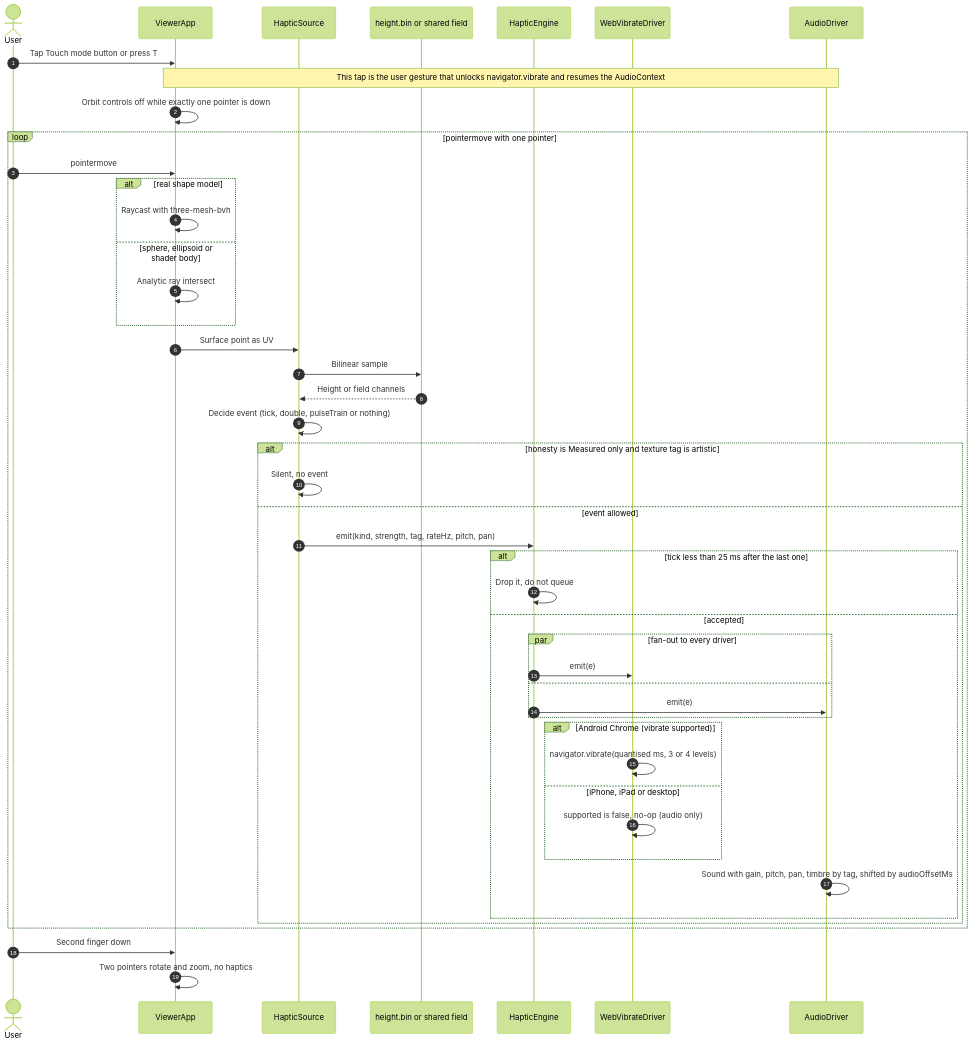
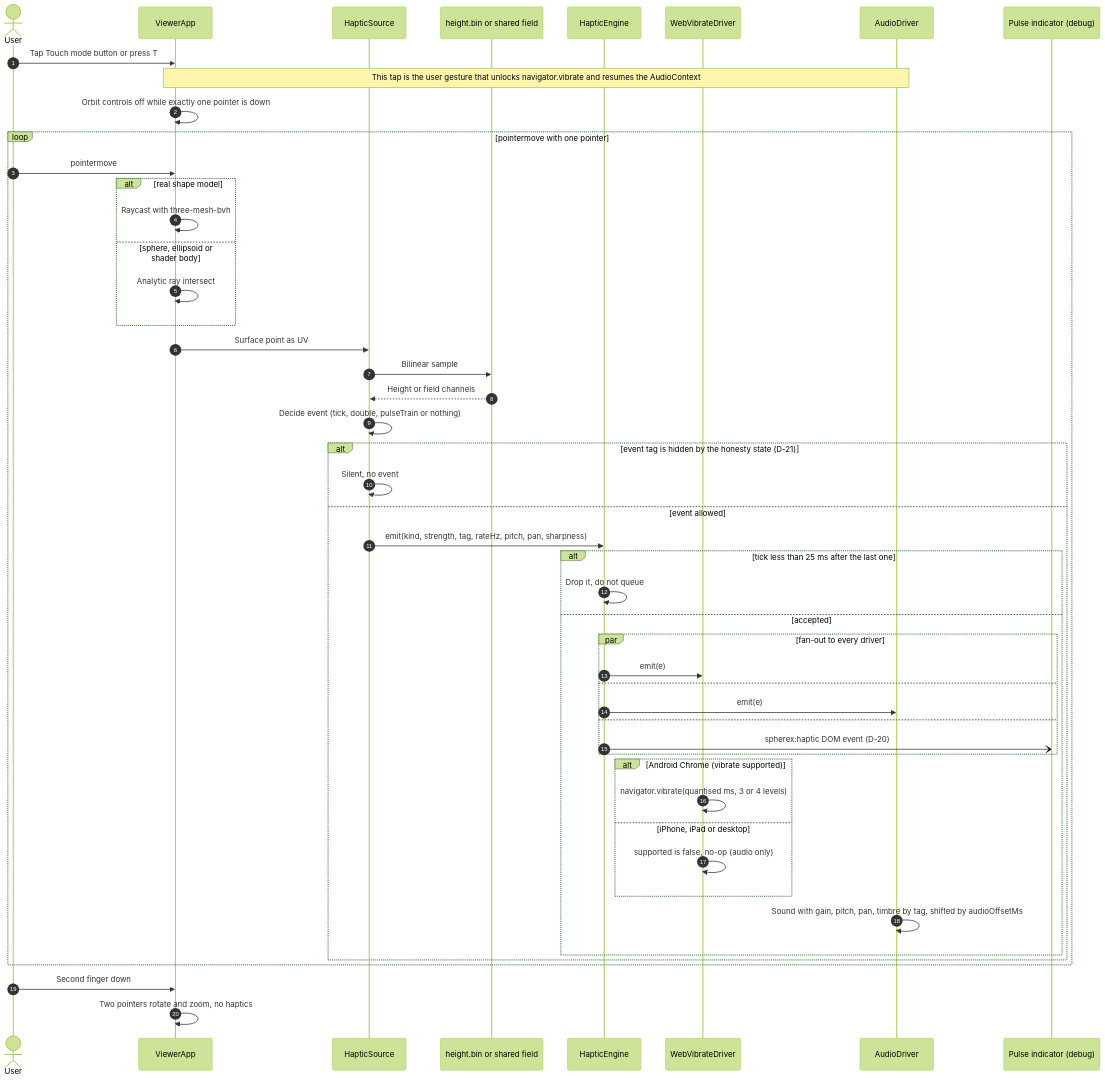
The diagram in docs/uml/11-sequence-touch-haptics.md (0ffrian/SphereX), drawn with Mermaid (forest theme) before and after one commit. The commit also changed other lines of this file and 41 other files, not shown here.

First line of the commit message:
Record decisions D-14 to D-29 and sync specs, UML and CLAUDE.md

````diff
--- a/docs/uml/11-sequence-touch-haptics.md
+++ b/docs/uml/11-sequence-touch-haptics.md
@@ -5,49 +5,52 @@
 ```mermaid
 sequenceDiagram
   autonumber
   actor U as User
   participant V as ViewerApp
   participant S as HapticSource
   participant D as height.bin or shared field
   participant E as HapticEngine
   participant VD as WebVibrateDriver
   participant AD as AudioDriver
+  participant PI as Pulse indicator (debug)
 
   U->>V: Tap Touch mode button or press T
   Note over V,AD: This tap is the user gesture that unlocks navigator.vibrate and resumes the AudioContext
   V->>V: Orbit controls off while exactly one pointer is down
   loop pointermove with one pointer
     U->>V: pointermove
     alt real shape model
       V->>V: Raycast with three-mesh-bvh
     else sphere, ellipsoid or shader body
       V->>V: Analytic ray intersect
     end
     V->>S: Surface point as UV
     S->>D: Bilinear sample
     D-->>S: Height or field channels
     S->>S: Decide event (tick, double, pulseTrain or nothing)
-    alt honesty is Measured only and texture tag is artistic
+    alt event tag is hidden by the honesty state (D-21)
       S->>S: Silent, no event
     else event allowed
-      S->>E: emit(kind, strength, tag, rateHz, pitch, pan)
+      S->>E: emit(kind, strength, tag, rateHz, pitch, pan, sharpness)
       alt tick less than 25 ms after the last one
         E->>E: Drop it, do not queue
       else accepted
         par fan-out to every driver
           E->>VD: emit(e)
         and
           E->>AD: emit(e)
+        and
+          E-)PI: spherex:haptic DOM event (D-20)
         end
         alt Android Chrome (vibrate supported)
           VD->>VD: navigator.vibrate(quantised ms, 3 or 4 levels)
         else iPhone, iPad or desktop
           VD->>VD: supported is false, no-op (audio only)
         end
         AD->>AD: Sound with gain, pitch, pan, timbre by tag, shifted by audioOffsetMs
       end
     end
   end
   U->>V: Second finger down
   V->>V: Two pointers rotate and zoom, no haptics
 ```
````
